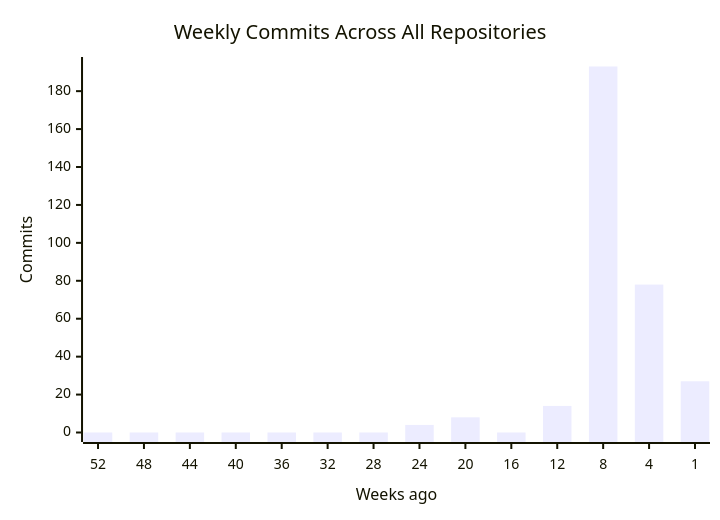
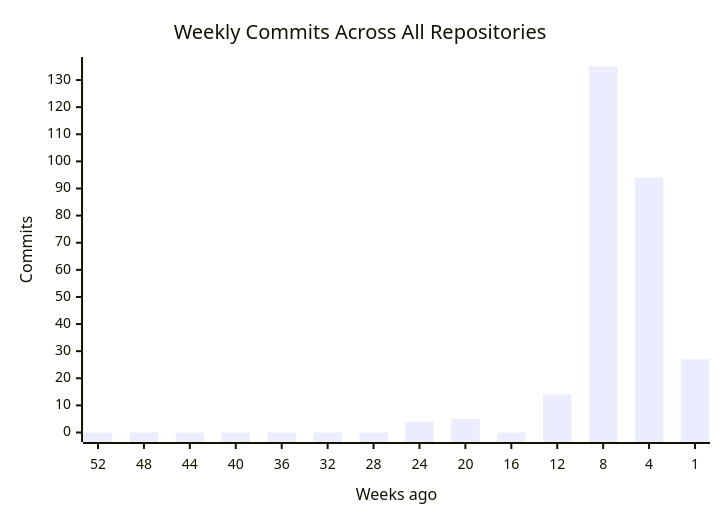
Before and after one commit to CSTH-Projects/.github: the first of 4 diagrams in profile/README.md, drawn with Mermaid. The commit also changed other lines of this file, not shown here.

````diff
--- a/profile/README.md
+++ b/profile/README.md
@@ -16,7 +16,7 @@
 ```mermaid
 xychart-beta
     title "Weekly Commits Across All Repositories"
     x-axis "Weeks ago" [52, 48, 44, 40, 36, 32, 28, 24, 20, 16, 12, 8, 4, 1]
     y-axis "Commits"
-    bar [0, 0, 0, 0, 0, 0, 0, 4, 8, 0, 14, 193, 78, 27]
+    bar [0, 0, 0, 0, 0, 0, 0, 4, 5, 0, 14, 135, 94, 27]
 ```
````
